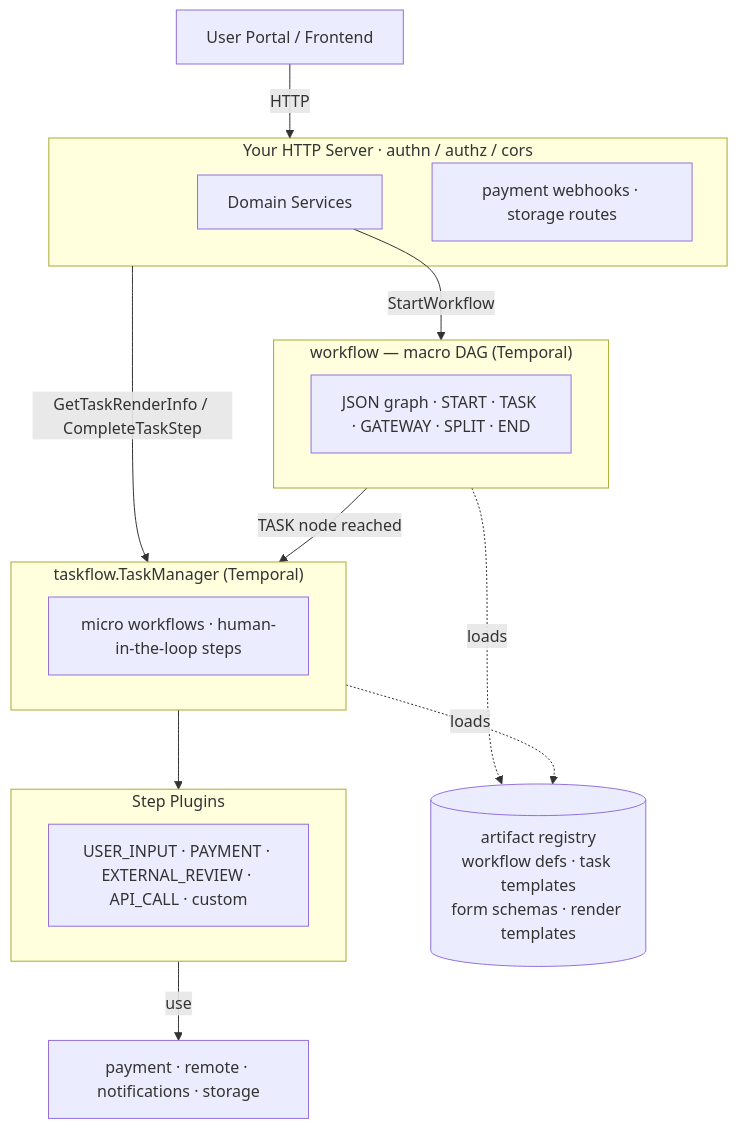
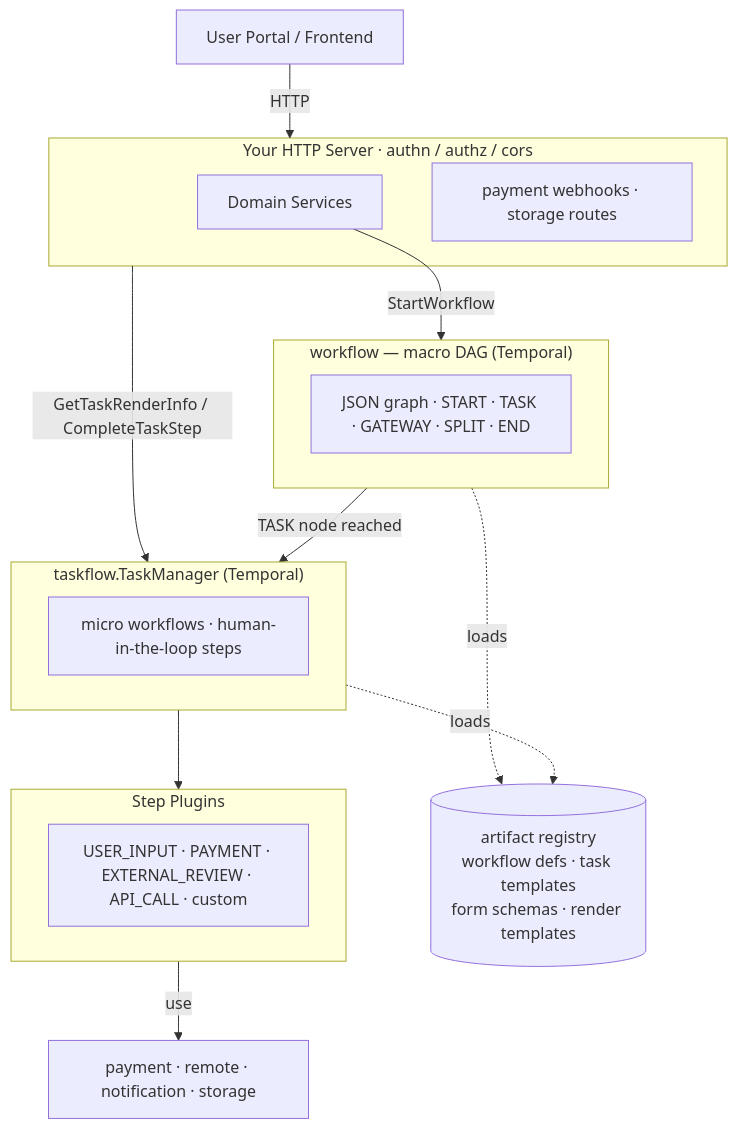
The diagram in README.md (OpenNSW/core), drawn with Mermaid before and after one commit. The commit also changed other lines of this file and 16 other files, not shown here.

````diff
--- a/README.md
+++ b/README.md
@@ -59,33 +59,33 @@
 ```mermaid
 flowchart TD
     Portal["User Portal / Frontend"]
 
     subgraph server["Your HTTP Server · authn / authz / cors"]
         DS["Domain Services"]
         SR["payment webhooks · storage routes"]
     end
 
     subgraph macrowf["workflow — macro DAG (Temporal)"]
         WF["JSON graph · START · TASK · GATEWAY · SPLIT · END"]
     end
 
     subgraph microwf["taskflow.TaskManager (Temporal)"]
         TM["micro workflows · human-in-the-loop steps"]
     end
 
     subgraph pluginset["Step Plugins"]
         P["USER_INPUT · PAYMENT · EXTERNAL_REVIEW · API_CALL · custom"]
     end
 
-    SS["payment · remote · notifications · storage"]
+    SS["payment · remote · notification · storage"]
     AR[("artifact registry<br>workflow defs · task templates<br>form schemas · render templates")]
 
     Portal -->|HTTP| server
     DS -->|StartWorkflow| macrowf
     server -->|"GetTaskRenderInfo / CompleteTaskStep"| microwf
     macrowf -->|TASK node reached| microwf
     microwf --> pluginset
     pluginset -->|use| SS
     macrowf -. loads .-> AR
     microwf -. loads .-> AR
 ```
````
